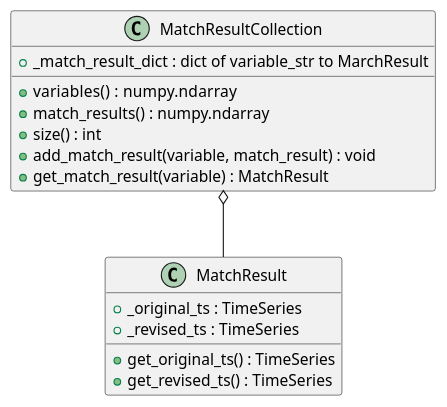
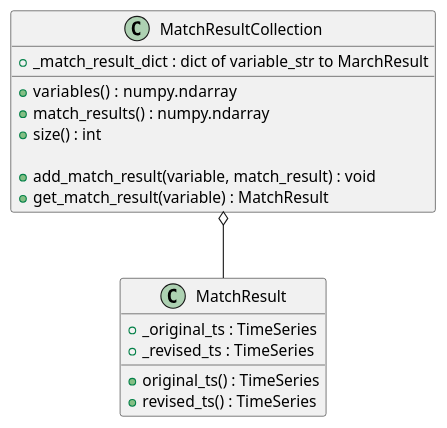
The diagram in Design/mr_mrc.puml (sys-bio/SBviper), drawn with PlantUML before and after one commit. The commit also changed 3 other files, not shown here.

```diff
--- a/Design/mr_mrc.puml
+++ b/Design/mr_mrc.puml
@@ -1,23 +1,24 @@
 @startuml
 
 MatchResultCollection o-- MatchResult
 
 'TimeSeries *-- SteadyState
 
 class MatchResultCollection {
     +_match_result_dict : dict of variable_str to MarchResult
     +variables() :  numpy.ndarray
     +match_results() : numpy.ndarray
     +size() : int
+
     +add_match_result(variable, match_result) : void
     +get_match_result(variable) : MatchResult
 }
 
 class MatchResult {
     +_original_ts : TimeSeries
     +_revised_ts : TimeSeries
-    +get_original_ts() : TimeSeries
-    +get_revised_ts() : TimeSeries
+    +original_ts() : TimeSeries
+    +revised_ts() : TimeSeries
 }
 
 @enduml
```
